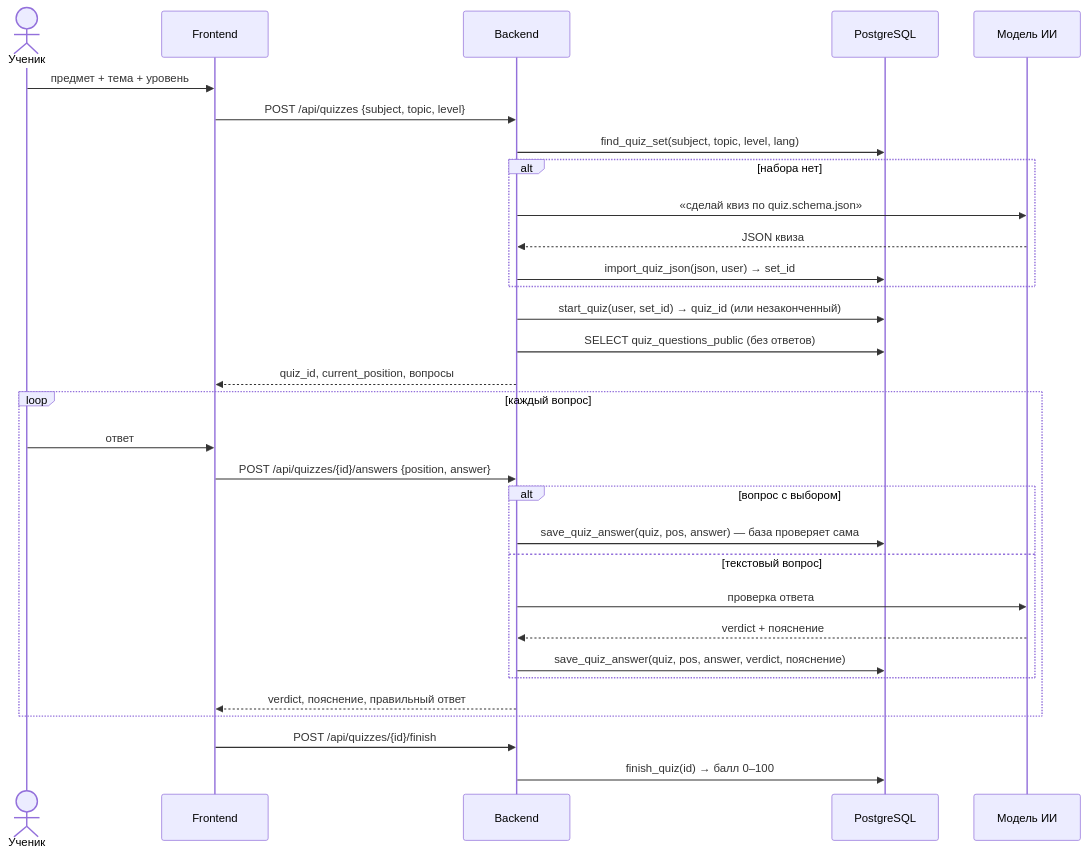
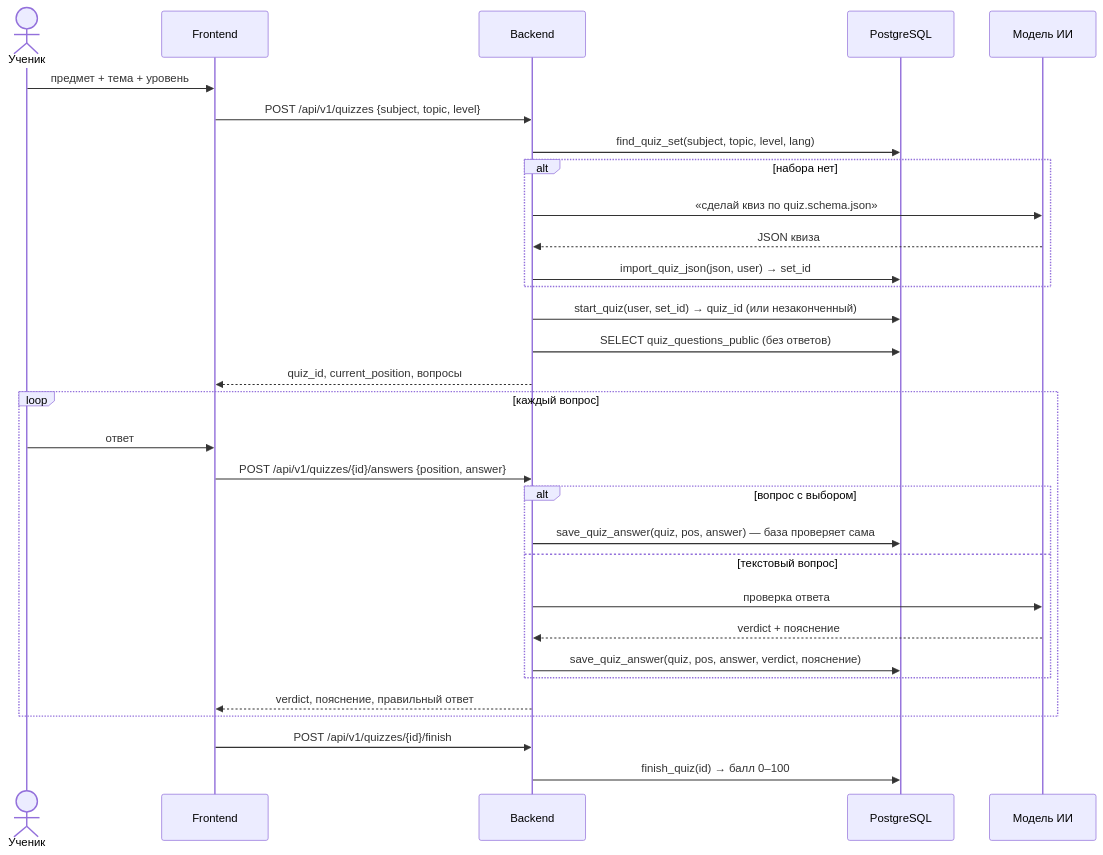
One commit to two-bits1/LekseRadar changed the sixth of 8 diagrams in docs/ARCHITECTURE.md. Above: the diagram before and after it, drawn with Mermaid. The commit also changed other lines of this file, not shown here.

First line of the commit message:
docs: ARCHITECTURE — пути /api/v1 как в бэкенде, убраны устаревшие эндпоинты

````diff
--- a/docs/ARCHITECTURE.md
+++ b/docs/ARCHITECTURE.md
@@ -143,33 +143,33 @@
 ```mermaid
 sequenceDiagram
     actor U as Ученик
     participant F as Frontend
     participant B as Backend
     participant D as PostgreSQL
     participant L as Модель ИИ
     U->>F: предмет + тема + уровень
-    F->>B: POST /api/quizzes {subject, topic, level}
+    F->>B: POST /api/v1/quizzes {subject, topic, level}
     B->>D: find_quiz_set(subject, topic, level, lang)
     alt набора нет
         B->>L: «сделай квиз по quiz.schema.json»
         L-->>B: JSON квиза
         B->>D: import_quiz_json(json, user) → set_id
     end
     B->>D: start_quiz(user, set_id) → quiz_id (или незаконченный)
     B->>D: SELECT quiz_questions_public (без ответов)
     B-->>F: quiz_id, current_position, вопросы
     loop каждый вопрос
         U->>F: ответ
-        F->>B: POST /api/quizzes/{id}/answers {position, answer}
+        F->>B: POST /api/v1/quizzes/{id}/answers {position, answer}
         alt вопрос с выбором
             B->>D: save_quiz_answer(quiz, pos, answer) — база проверяет сама
         else текстовый вопрос
             B->>L: проверка ответа
             L-->>B: verdict + пояснение
             B->>D: save_quiz_answer(quiz, pos, answer, verdict, пояснение)
         end
         B-->>F: verdict, пояснение, правильный ответ
     end
-    F->>B: POST /api/quizzes/{id}/finish
+    F->>B: POST /api/v1/quizzes/{id}/finish
     B->>D: finish_quiz(id) → балл 0–100
 ```
````
